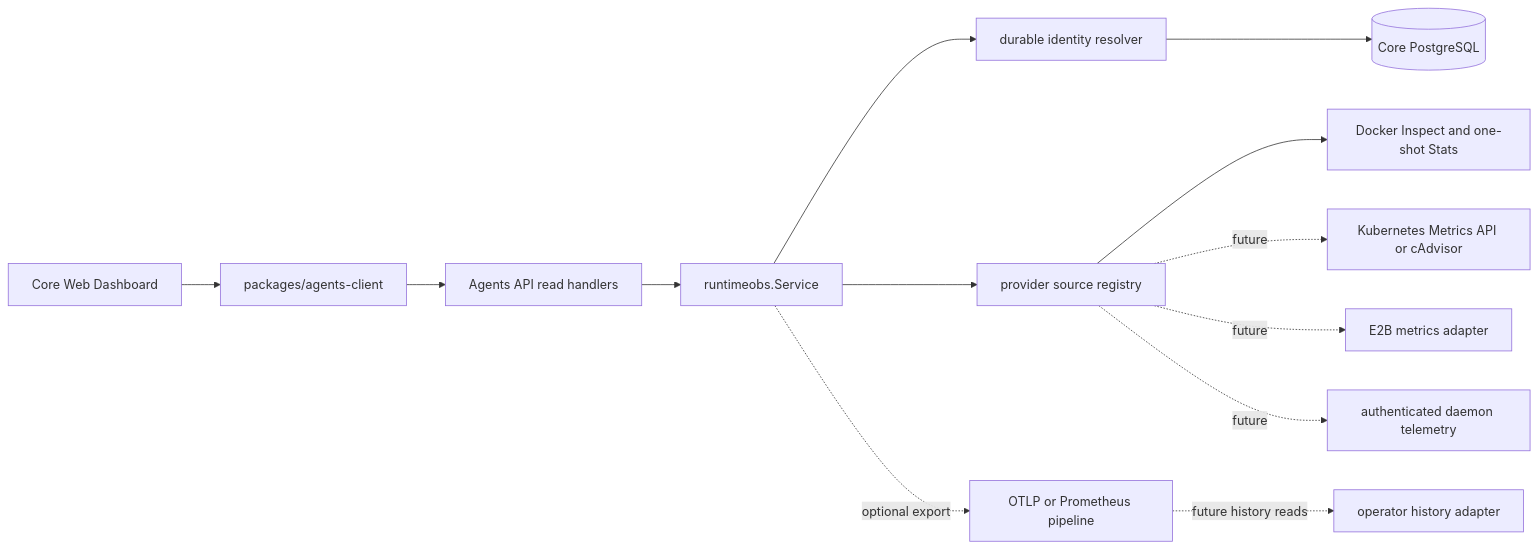
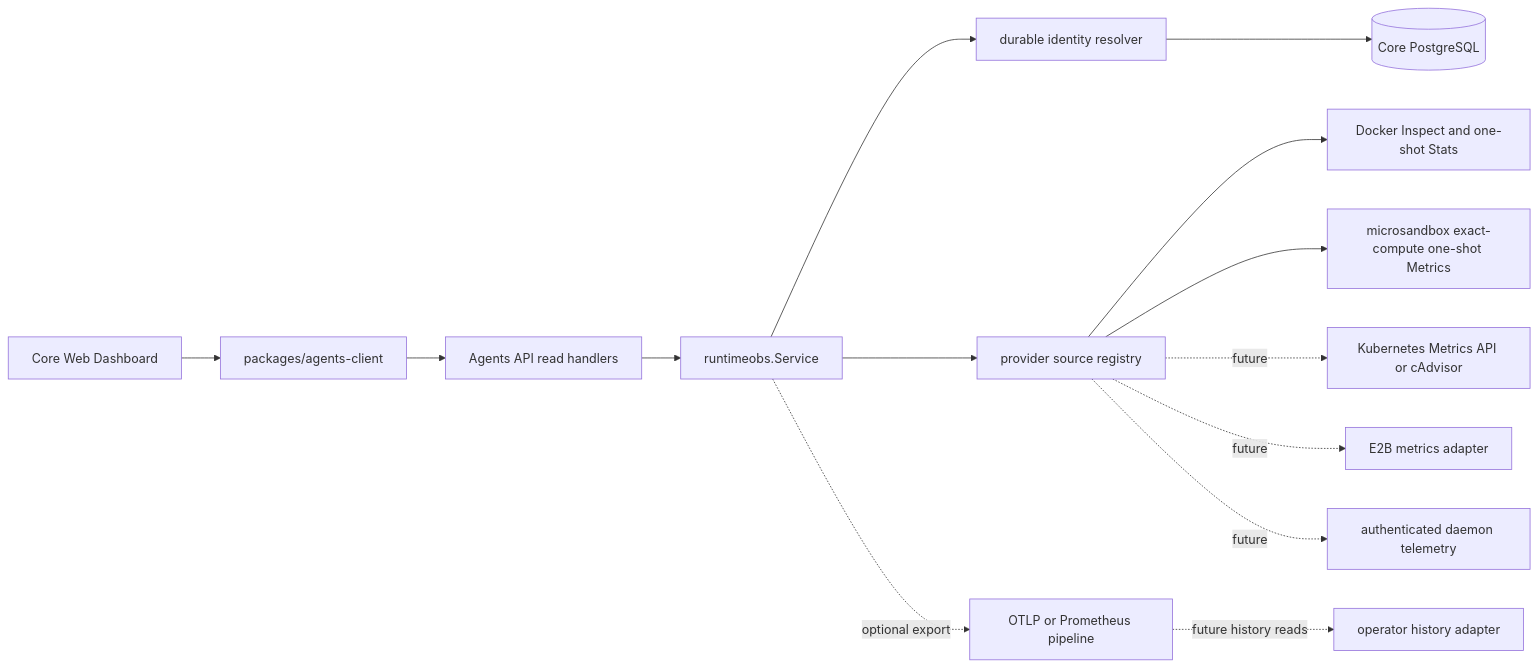
One commit to MiniMax-AI/OpenAgentCore changed the diagram in contracts/agents-api/runtime-observability-design.md. Above: the diagram before and after it, drawn with Mermaid. The commit also changed other lines of this file and 17 other files, not shown here.

````diff
--- a/contracts/agents-api/runtime-observability-design.md
+++ b/contracts/agents-api/runtime-observability-design.md
@@ -84,15 +85,16 @@
 ```mermaid
 flowchart LR
     Web[Core Web Dashboard] --> Client[packages/agents-client]
     Client --> API[Agents API read handlers]
     API --> Service[runtimeobs.Service]
     Service --> Resolver[durable identity resolver]
     Resolver --> DB[(Core PostgreSQL)]
     Service --> Registry[provider source registry]
     Registry --> Docker[Docker Inspect and one-shot Stats]
+    Registry --> Micro[microsandbox exact-compute one-shot Metrics]
     Registry -. future .-> K8s[Kubernetes Metrics API or cAdvisor]
     Registry -. future .-> E2B[E2B metrics adapter]
     Registry -. future .-> Self[authenticated daemon telemetry]
     Service -. optional export .-> Telemetry[OTLP or Prometheus pipeline]
     Telemetry -. future history reads .-> History[operator history adapter]
 ```
````
